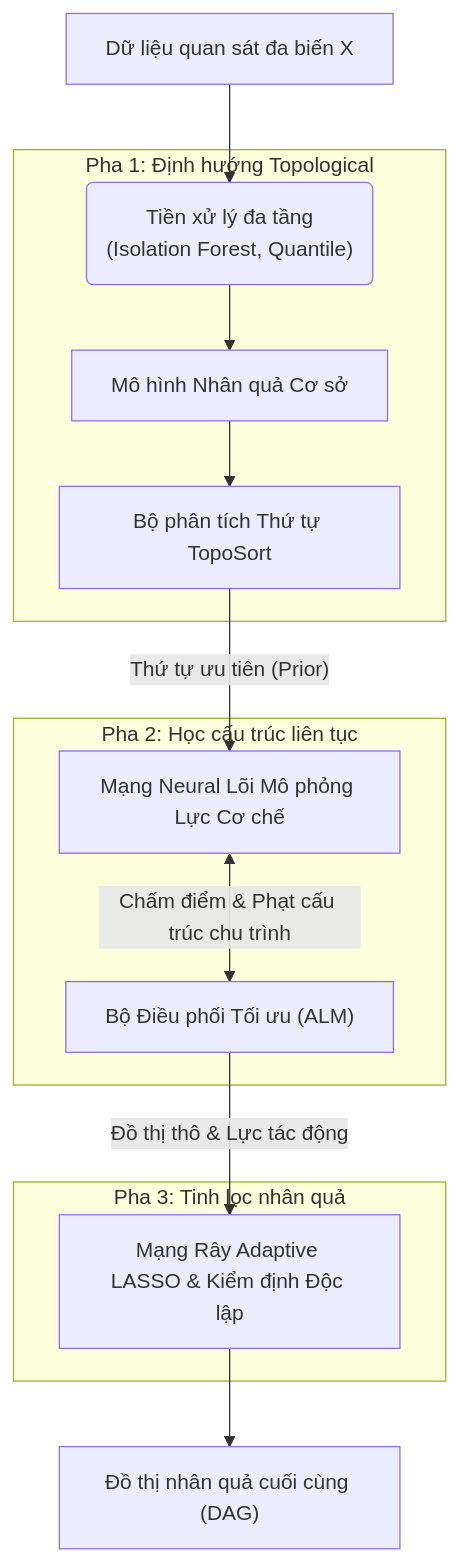
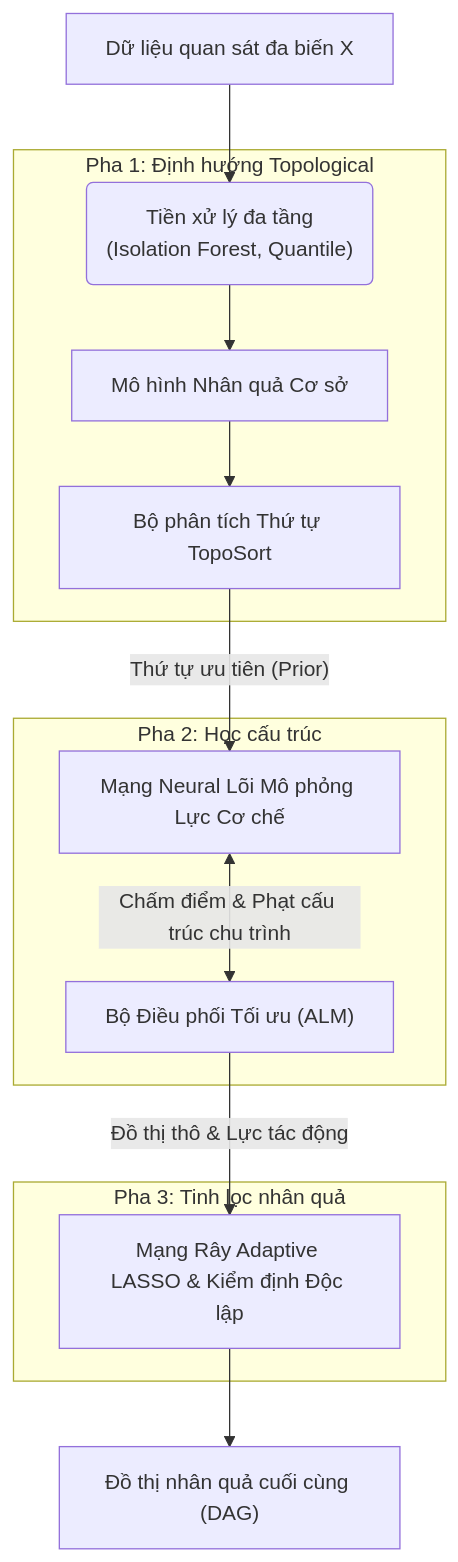
The first of 6 diagrams in docx/Chuong2_MoHinhDeepANM.md (manhthai1706/DeepANM), drawn with Mermaid before and after one commit.

````diff
--- a/docx/Chuong2_MoHinhDeepANM.md
+++ b/docx/Chuong2_MoHinhDeepANM.md
@@ -9,20 +9,20 @@
 ```mermaid
 graph TD
     Data["Dữ liệu quan sát đa biến X"] --> Preprocess("Tiền xử lý đa tầng<br/>(Isolation Forest, Quantile)")
     
     subgraph phase1 ["Pha 1: Định hướng Topological"]
         Preprocess --> FastANM["Mô hình Nhân quả Cơ sở"]
         FastANM --> Topo["Bộ phân tích Thứ tự TopoSort"]
     end
     
-    subgraph phase2 ["Pha 2: Học cấu trúc liên tục"]
+    subgraph phase2 ["Pha 2: Học cấu trúc "]
         Topo -->|"Thứ tự ưu tiên (Prior)"| GPPOM["Mạng Neural Lõi Mô phỏng Lực Cơ chế"]
         GPPOM <--> |"Chấm điểm & Phạt cấu trúc chu trình"| Trainer["Bộ Điều phối Tối ưu (ALM)"]
     end
     
     subgraph phase3 ["Pha 3: Tinh lọc nhân quả"]
         Trainer -->|"Đồ thị thô & Lực tác động"| Lasso["Mạng Rây Adaptive LASSO & Kiểm định Độc lập"]
     end
     
     Lasso --> Final["Đồ thị nhân quả cuối cùng (DAG)"]
 ```
````
